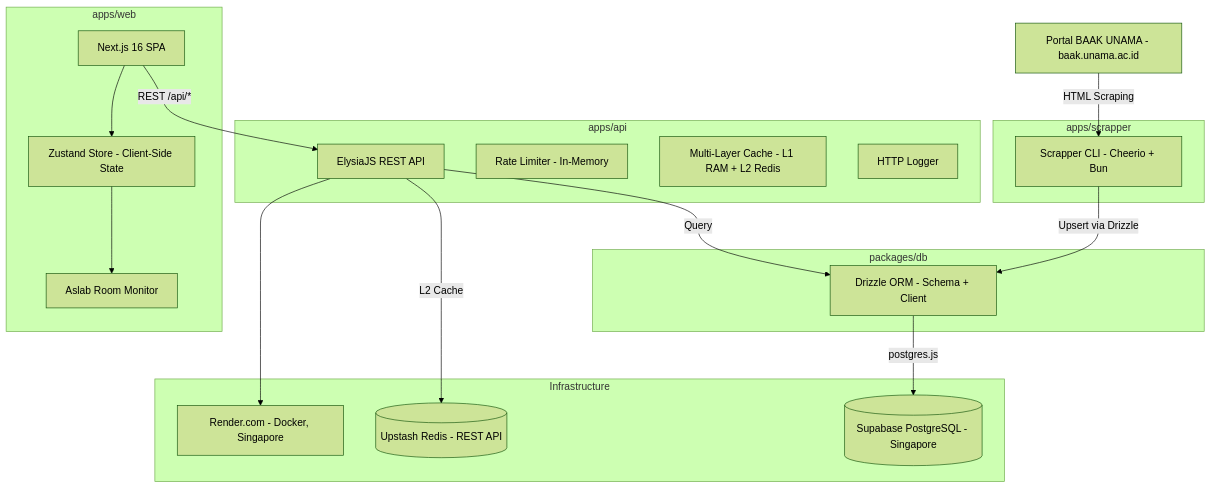
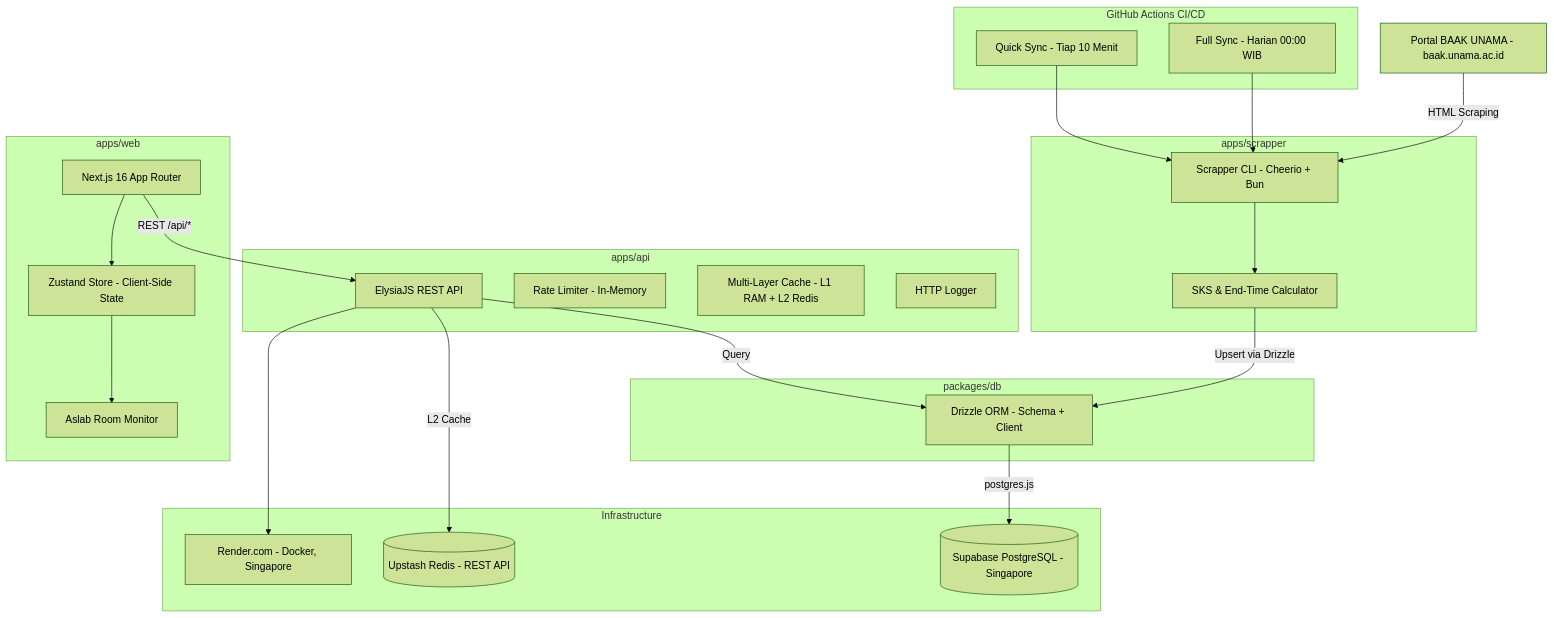
One commit to Aslab-Unama/jadwal-kuliah-unama changed the first of 2 diagrams in overview.md. Above: the diagram before and after it, drawn with Mermaid (forest theme). The commit also changed other lines of this file, not shown here.

Commit message:
docs: update technical overview with SKS calculation, new tables, and v1.1.0 stack

````diff
--- a/overview.md
+++ b/overview.md
@@ -23,41 +28,50 @@
 ```mermaid
 flowchart TD
     BAAK["Portal BAAK UNAMA - baak.unama.ac.id"]
 
+    subgraph GHA ["GitHub Actions CI/CD"]
+        CRON1["Quick Sync - Tiap 10 Menit"]
+        CRON2["Full Sync - Harian 00:00 WIB"]
+    end
+
     subgraph SCRAPPER ["apps/scrapper"]
         SCR["Scrapper CLI - Cheerio + Bun"]
+        SKS["SKS & End-Time Calculator"]
     end
 
     subgraph DATABASE ["packages/db"]
         DRZ["Drizzle ORM - Schema + Client"]
     end
 
     subgraph BACKEND ["apps/api"]
         API["ElysiaJS REST API"]
         RL["Rate Limiter - In-Memory"]
         CACHE["Multi-Layer Cache - L1 RAM + L2 Redis"]
         LOG["HTTP Logger"]
     end
 
     subgraph FRONTEND ["apps/web"]
-        NEXT["Next.js 16 SPA"]
+        NEXT["Next.js 16 App Router"]
         ZUS["Zustand Store - Client-Side State"]
         ASLAB["Aslab Room Monitor"]
     end
 
     subgraph INFRA ["Infrastructure"]
         SUPA[("Supabase PostgreSQL - Singapore")]
         REDIS[("Upstash Redis - REST API")]
         RENDER["Render.com - Docker, Singapore"]
     end
 
     BAAK -- "HTML Scraping" --> SCR
-    SCR -- "Upsert via Drizzle" --> DRZ
+    CRON1 --> SCR
+    CRON2 --> SCR
+    SCR --> SKS
+    SKS -- "Upsert via Drizzle" --> DRZ
     DRZ -- "postgres.js" --> SUPA
     API -- "Query" --> DRZ
     API -- "L2 Cache" --> REDIS
     NEXT -- "REST /api/*" --> API
     NEXT --> ZUS
     ZUS --> ASLAB
     API --> RENDER
 ```
````
